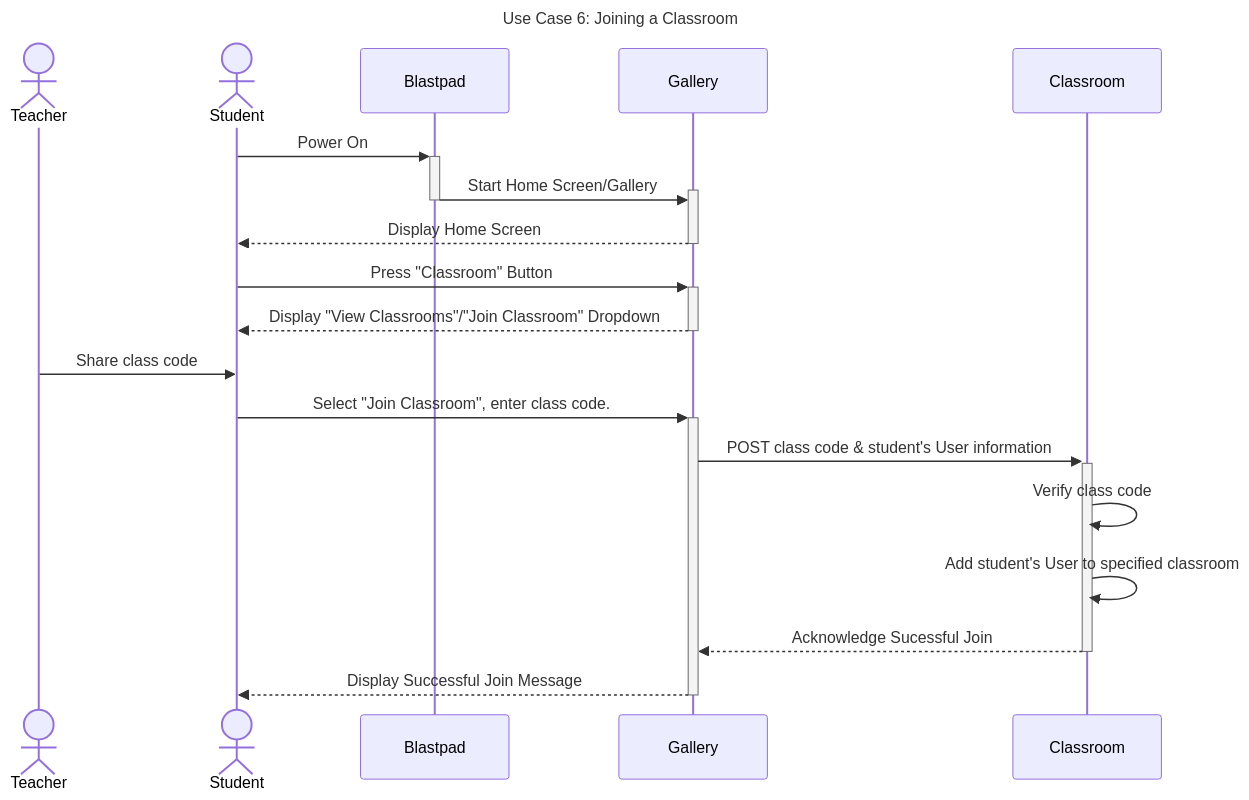
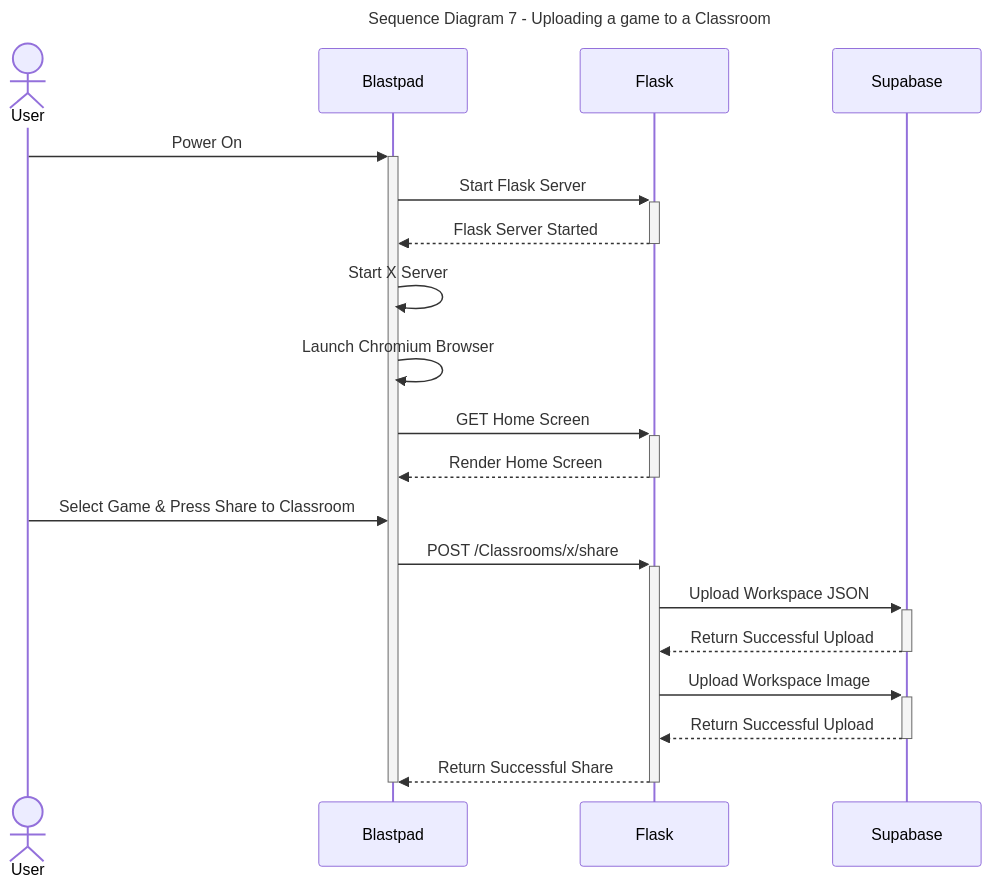
One commit to Capstone-Projects-2024-Spring/project-blastpad changed the seventh of 11 diagrams in documentation/docs/requirements/use-case-descriptions.md. Above: the diagram before and after it, drawn with Mermaid. The commit also changed other lines of this file and 3 other files, not shown here.

Commit message:
Use Case Seq Diagrams

````diff
--- a/documentation/docs/requirements/use-case-descriptions.md
+++ b/documentation/docs/requirements/use-case-descriptions.md
@@ -221,23 +279,29 @@
 ```mermaid
 ---
-title: "Use Case 6: Joining a Classroom"
+title: "Sequence Diagram 7 - Uploading a game to a Classroom"
 ---
+
 sequenceDiagram
-	actor Teacher
-	actor Student
-	Student->>+Blastpad: Power On
-	Blastpad->>+Gallery: Start Home Screen/Gallery
-	deactivate Blastpad	
-	Gallery-->>-Student: Display Home Screen
+actor User
+User->>+Blastpad: Power On
+Blastpad->>+Flask: Start Flask Server
+Flask-->>-Blastpad: Flask Server Started
 
+Blastpad->>Blastpad: Start X Server
+Blastpad->>Blastpad: Launch Chromium Browser
 
-	Student->>+Gallery: Press "Classroom" Button
-	Gallery-->>-Student: Display "View Classrooms"/"Join Classroom" Dropdown
-	Teacher->>Student: Share class code
-	Student->>+Gallery: Select "Join Classroom", enter class code.
-	Gallery->>+Classroom: POST class code & student's User information
-	Classroom->>Classroom: Verify class code
-	Classroom->>Classroom: Add student's User to specified classroom
-	Classroom-->>-Gallery: Acknowledge Sucessful Join
-	Gallery-->>-Student: Display Successful Join Message
+Blastpad->>+Flask: GET Home Screen
+Flask-->>-Blastpad: Render Home Screen
+User->>Blastpad: Select Game & Press Share to Classroom
+
+Blastpad->>+Flask: POST /Classrooms/x/share
+Flask->>+Supabase: Upload Workspace JSON
+Supabase-->>-Flask: Return Successful Upload
+
+Flask->>+Supabase: Upload Workspace Image
+Supabase-->>-Flask: Return Successful Upload
+
+Flask-->>-Blastpad: Return Successful Share
+
+deactivate Blastpad
 ```
````
